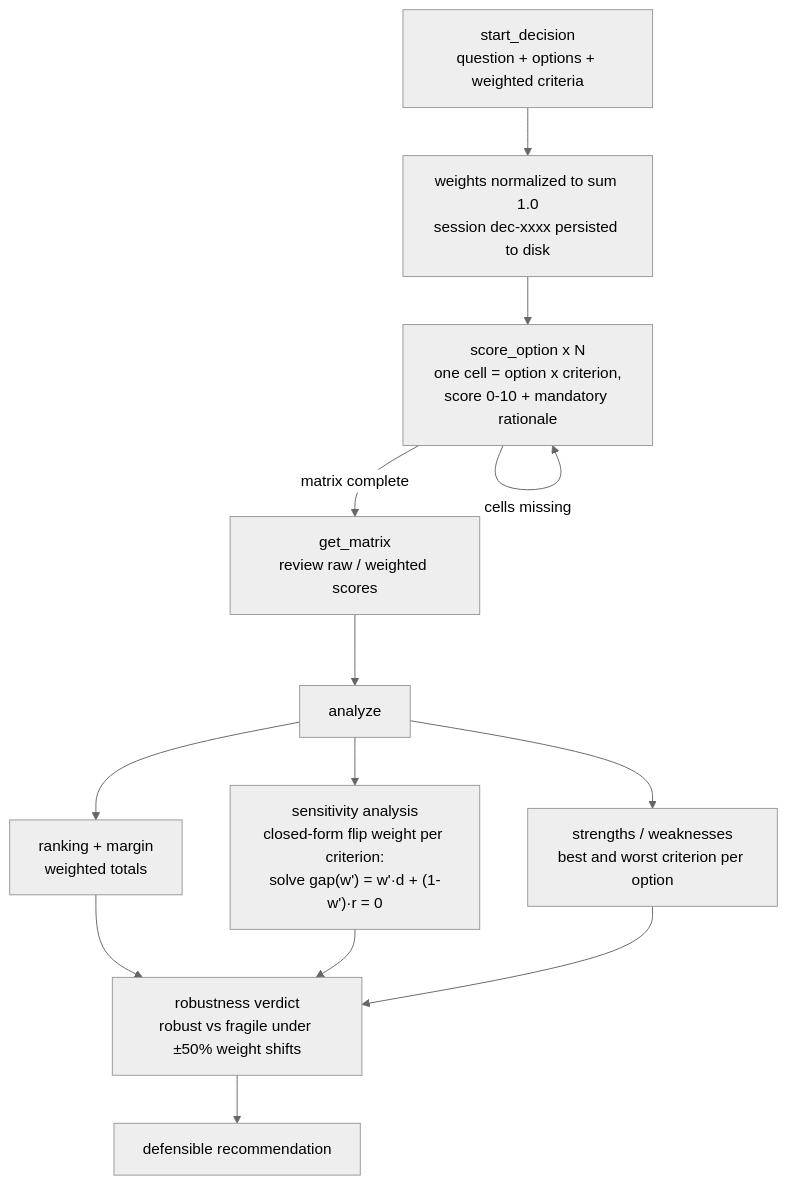
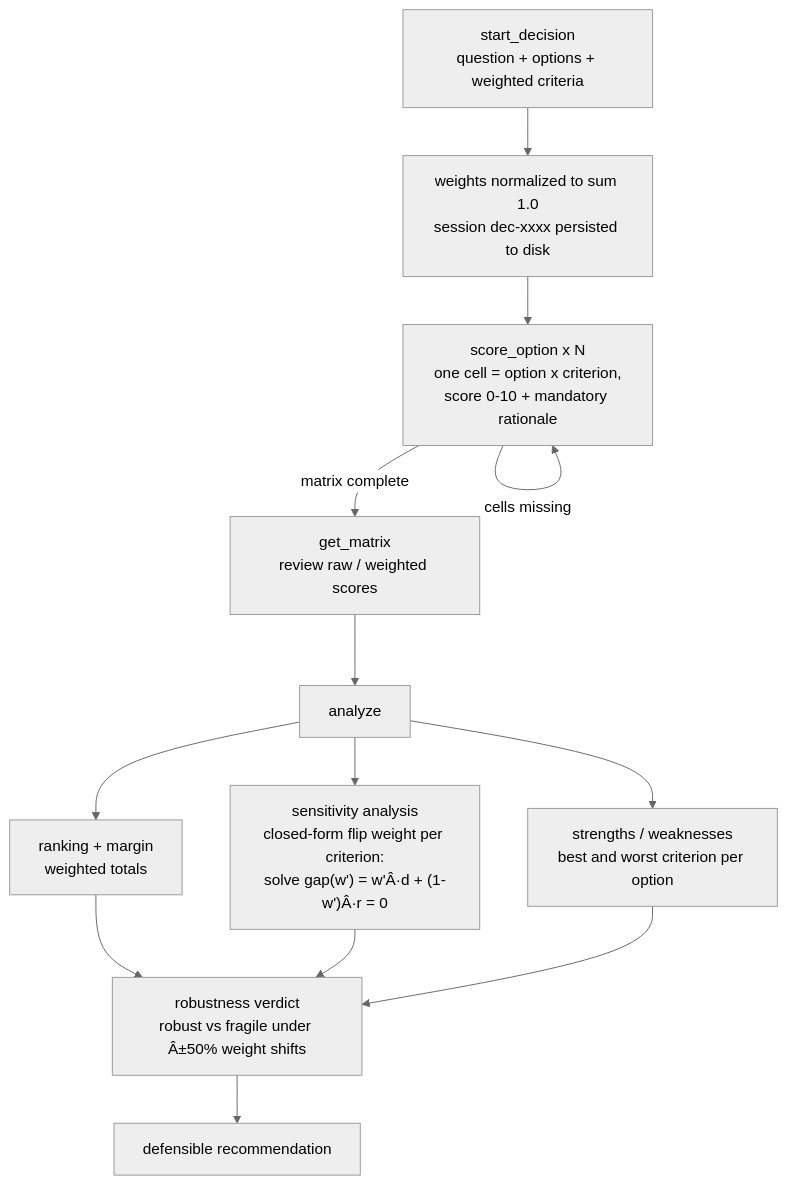
Before and after one commit to AleBrito124356/mcp-decision-lab: the diagram in README.md, drawn with Mermaid (neutral theme). The commit also changed other lines of this file and 1 other file, not shown here.

````diff
--- a/README.md
+++ b/README.md
@@ -23,15 +25,15 @@
 ```mermaid
 flowchart TD
     A[start_decision<br/>question + options + weighted criteria] --> B[weights normalized to sum 1.0<br/>session dec-xxxx persisted to disk]
     B --> C[score_option x N<br/>one cell = option x criterion,<br/>score 0-10 + mandatory rationale]
     C -->|cells missing| C
     C -->|matrix complete| D[get_matrix<br/>review raw / weighted scores]
     D --> E[analyze]
     E --> F[ranking + margin<br/>weighted totals]
-    E --> G["sensitivity analysis<br/>closed-form flip weight per criterion:<br/>solve gap(w') = w'·d + (1-w')·r = 0"]
+    E --> G["sensitivity analysis<br/>closed-form flip weight per criterion:<br/>solve gap(w') = w'Â·d + (1-w')Â·r = 0"]
     E --> H[strengths / weaknesses<br/>best and worst criterion per option]
-    F --> I[robustness verdict<br/>robust vs fragile under ±50% weight shifts]
+    F --> I[robustness verdict<br/>robust vs fragile under Â±50% weight shifts]
     G --> I
     H --> I
     I --> J[defensible recommendation]
 ```
````
